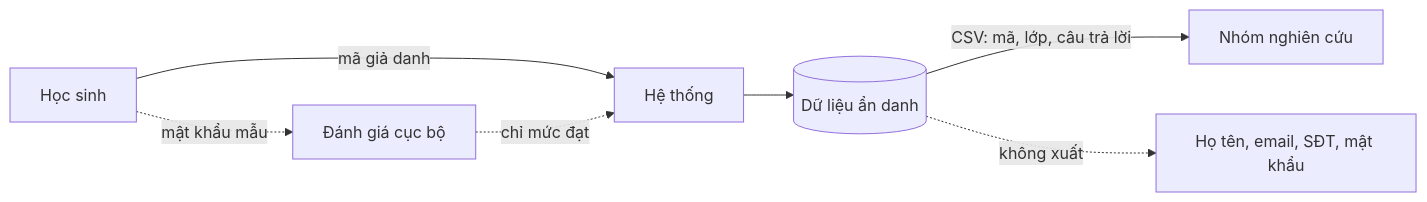
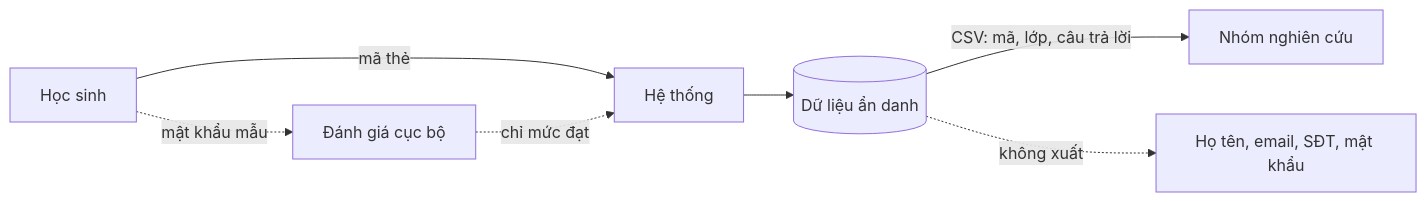
The fifth of 5 diagrams in docs/BAO_CAO_NCKH_v2.0.md (daominhtri2025-crypto/NCKH), drawn with Mermaid before and after one commit. The commit also changed other lines of this file and 64 other files, not shown here.

````diff
--- a/docs/BAO_CAO_NCKH_v2.0.md
+++ b/docs/BAO_CAO_NCKH_v2.0.md
@@ -378,9 +378,9 @@
 ```mermaid
 flowchart LR
-    H[Học sinh] -- "mã giả danh" --> SYS[Hệ thống]
+    H[Học sinh] -- "mã thẻ" --> SYS[Hệ thống]
     H -. "mật khẩu mẫu" .-> LOC[Đánh giá cục bộ]
     LOC -. "chỉ mức đạt" .-> SYS
     SYS --> DB[(Dữ liệu ẩn danh)]
     DB -- "CSV: mã, lớp, câu trả lời" --> NC[Nhóm nghiên cứu]
     DB -. "không xuất" .-> X[Họ tên, email, SĐT, mật khẩu]
 ```
````
